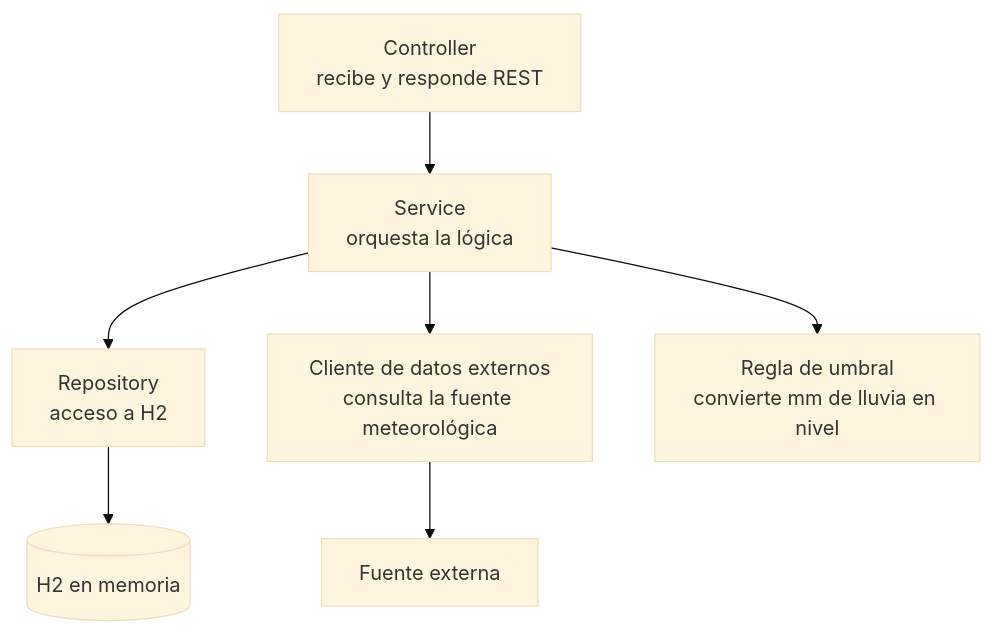
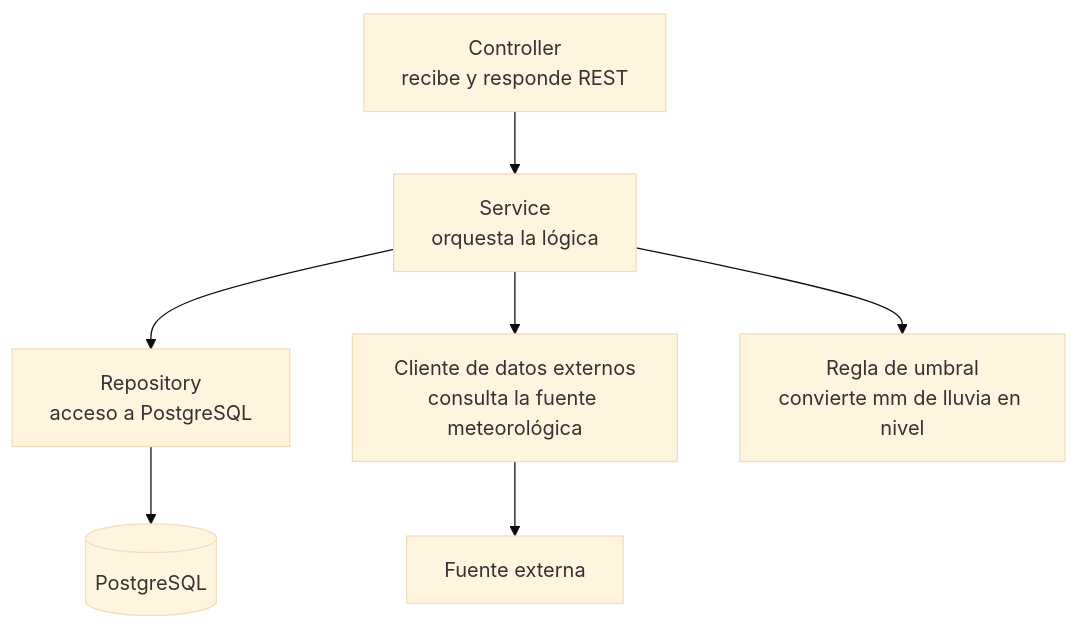
One commit to aleprz-afk/SisAlert changed the first of 2 diagrams in docs/aplicacion.md. Above: the diagram before and after it, drawn with Mermaid (base theme). The commit also changed other lines of this file and 88 other files, not shown here.

First line of the commit message:
feat: persistencia PostgreSQL, CRUD de zonas e integración de la API de identidad

````diff
--- a/docs/aplicacion.md
+++ b/docs/aplicacion.md
@@ -160,9 +170,9 @@
 ```mermaid
 flowchart TB
     C["Controller<br/>recibe y responde REST"] --> S["Service<br/>orquesta la lógica"]
-    S --> R["Repository<br/>acceso a H2"]
+    S --> R["Repository<br/>acceso a PostgreSQL"]
     S --> K["Cliente de datos externos<br/>consulta la fuente meteorológica"]
     S --> U["Regla de umbral<br/>convierte mm de lluvia en nivel"]
-    R --> H[("H2 en memoria")]
+    R --> H[("PostgreSQL")]
     K --> E["Fuente externa"]
 ```
````
